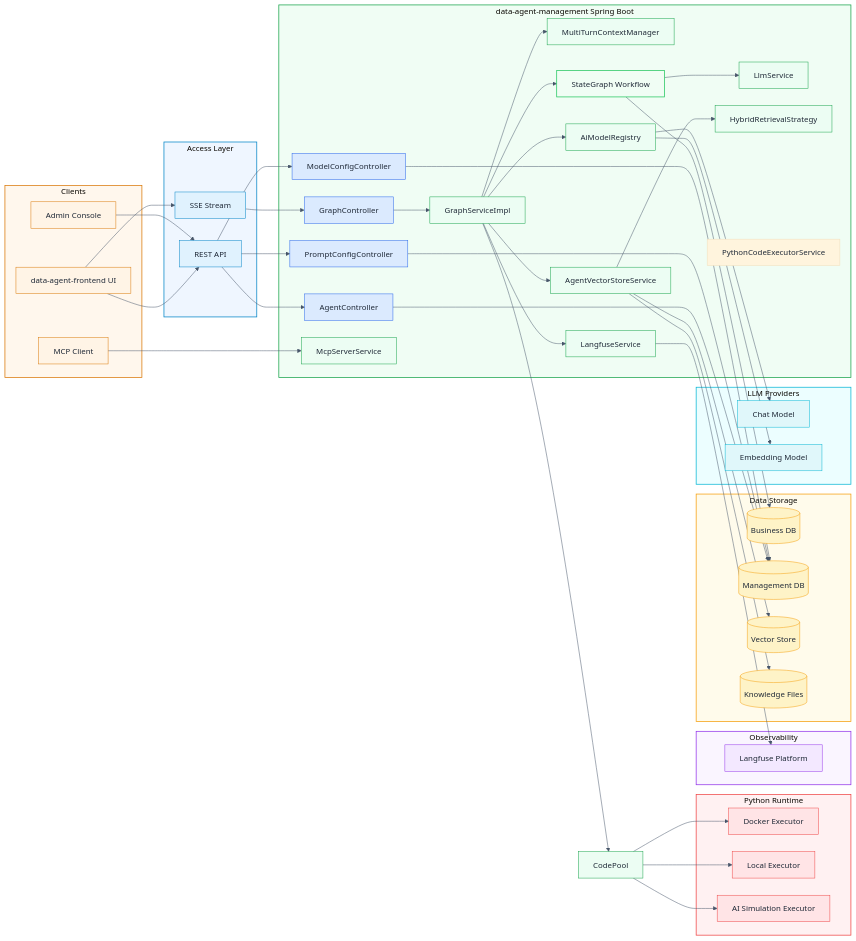
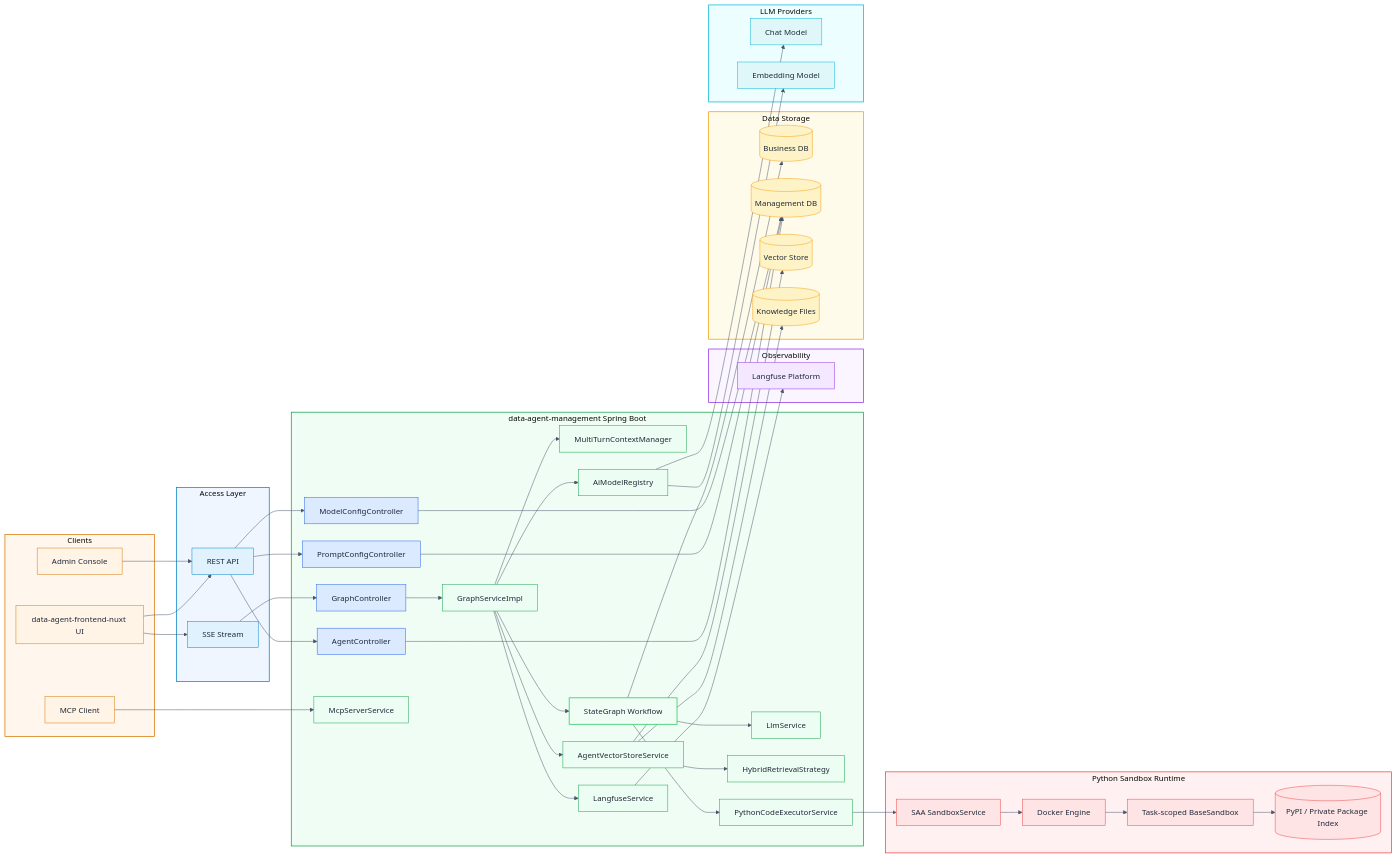
One commit to spring-ai-alibaba/DataAgent changed the first of 18 diagrams in docs/ARCHITECTURE.md. Above: the diagram before and after it, drawn with Mermaid. The commit also changed other lines of this file and 10 other files, not shown here.

```diff
--- a/docs/ARCHITECTURE.md
+++ b/docs/ARCHITECTURE.md
@@ -10,7 +10,7 @@
 %%{init: {"theme": "base", "flowchart": {"curve": "basis", "nodeSpacing": 35, "rankSpacing": 45}, "themeVariables": {"lineColor": "#475569", "primaryTextColor": "#1F2937"}}}%%
 flowchart LR
   subgraph Clients[Clients]
-    UserUI[data-agent-frontend UI]
+    UserUI[data-agent-frontend-nuxt UI]
     AdminUI[Admin Console]
     MCPClient[MCP Client]
   end
@@ -53,10 +53,11 @@
     EmbeddingLLM[Embedding Model]
   end
 
-  subgraph Exec[Python Runtime]
-    Docker[Docker Executor]
-    Local[Local Executor]
-    AISim[AI Simulation Executor]
+  subgraph Exec[Python Sandbox Runtime]
+    SandboxSvc[SAA SandboxService]
+    DockerEngine[Docker Engine]
+    TaskSandbox[Task-scoped BaseSandbox]
+    PackageIndex[(PyPI / Private Package Index)]
   end
 
   UserUI --> RestAPI
@@ -79,10 +80,11 @@
   GraphSvc --> ModelRegistry
   ModelRegistry --> ChatLLM
   ModelRegistry --> EmbeddingLLM
-  GraphSvc --> CodePool
-  CodePool --> Docker
-  CodePool --> Local
-  CodePool --> AISim
+  Graph --> CodeExec
+  CodeExec --> SandboxSvc
+  SandboxSvc --> DockerEngine
+  DockerEngine --> TaskSandbox
+  TaskSandbox --> PackageIndex
   GraphSvc --> LangfuseSvc
   LangfuseSvc --> Langfuse
   AgentCtl --> MetaDB
@@ -102,11 +104,11 @@
   class UserUI,AdminUI,MCPClient client
   class RestAPI,SSE access
   class GraphCtl,AgentCtl,PromptCtl,ModelCtl api
-  class GraphSvc,Context,LlmSvc,ModelRegistry,VectorSvc,Hybrid,CodePool,McpSvc,LangfuseSvc service
+  class GraphSvc,Context,LlmSvc,ModelRegistry,VectorSvc,Hybrid,CodeExec,McpSvc,LangfuseSvc service
   class Graph workflow
   class BizDB,MetaDB,VectorDB,Files data
   class ChatLLM,EmbeddingLLM llm
-  class Docker,Local,AISim exec
+  class SandboxSvc,DockerEngine,TaskSandbox,PackageIndex exec
   class Langfuse observability
 
   style Clients fill:#FFF7ED,stroke:#D97706,stroke-width:1.5px
```
